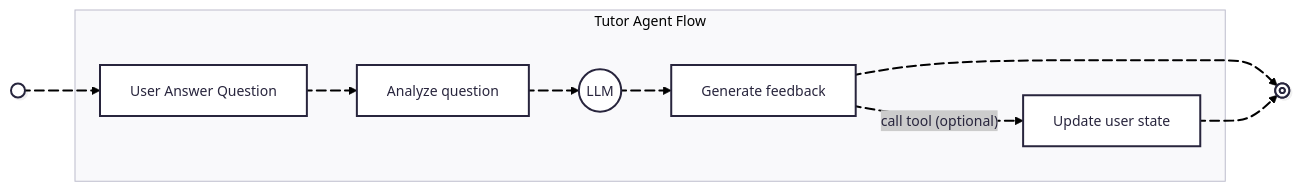
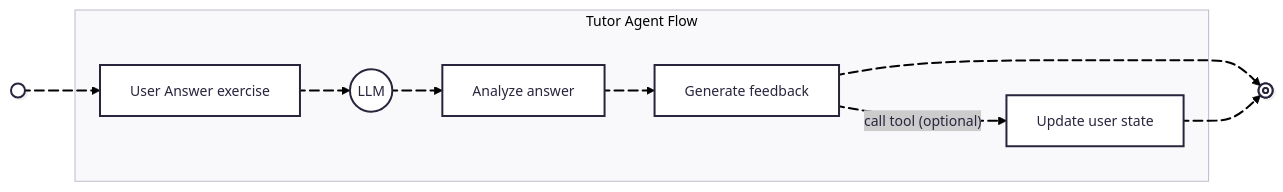
Before and after one commit to htilssu/DayGiaiThuat: the diagram in docs/tutor_agent_flow.md, drawn with Mermaid.

````diff
--- a/docs/tutor_agent_flow.md
+++ b/docs/tutor_agent_flow.md
@@ -1,35 +1,35 @@
 ```mermaid
 ---
 config:
   theme: redux
   look: classic
   layout: dagre
 ---
 flowchart LR
  subgraph ss1["Tutor Agent Flow"]
-        nn2["Analyze question"]
+        nn2["Analyze answer"]
         nn3(("LLM"))
         nn4["Generate feedback"]
-        nn1["User Answer Question"]
+        nn1["User Answer exercise"]
         n9["Update user state"]
   end
-    nn1 L_nn1_nn2_0@--> nn2
-    nn2 L_nn2_nn3_0@--> nn3
-    nn3 L_nn3_nn4_0@--> nn4
+    nn3 L_nn3_nn2_0@--> nn2
     nn4 L_nn4_n7_0@--> n7["Stop"]
     nn4 L_nn4_n9_0@-- call tool (optional) --> n9
     n8["Start"] L_n8_nn1_0@--> nn1
     n9 L_n9_n7_0@--> n7
+    nn1 L_nn1_nn3_0@--> nn3
+    nn2 L_nn2_nn4_0@--> nn4
     nn1@{ shape: proc}
     n7@{ shape: stop}
     n8@{ shape: start}
-    linkStyle 1 stroke:#000000,fill:none
-    L_nn1_nn2_0@{ animation: fast }
-    L_nn2_nn3_0@{ animation: fast }
-    L_nn3_nn4_0@{ animation: fast }
-    L_nn4_n7_0@{ animation: fast }
-    L_nn4_n9_0@{ animation: fast }
-    L_n8_nn1_0@{ animation: fast }
-    L_n9_n7_0@{ animation: fast }
+    L_nn3_nn2_0@{ animation: fast } 
+    L_nn4_n7_0@{ animation: fast } 
+    L_nn4_n9_0@{ animation: fast } 
+    L_n8_nn1_0@{ animation: fast } 
+    L_n9_n7_0@{ animation: fast } 
+    L_nn1_nn3_0@{ animation: fast } 
+    L_nn2_nn4_0@{ animation: fast }
+
 
 ```
````
